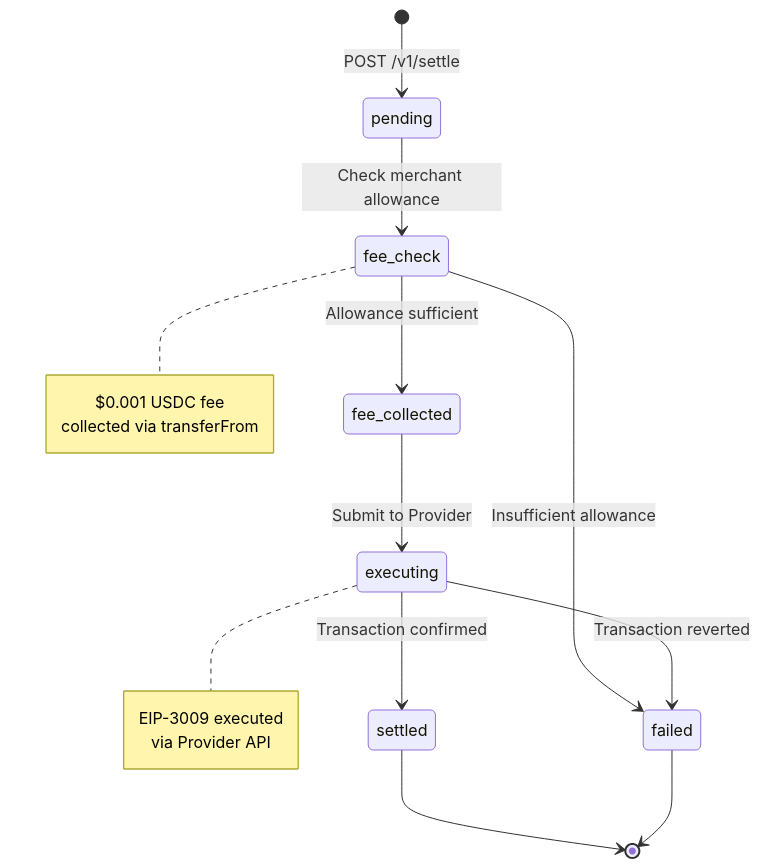
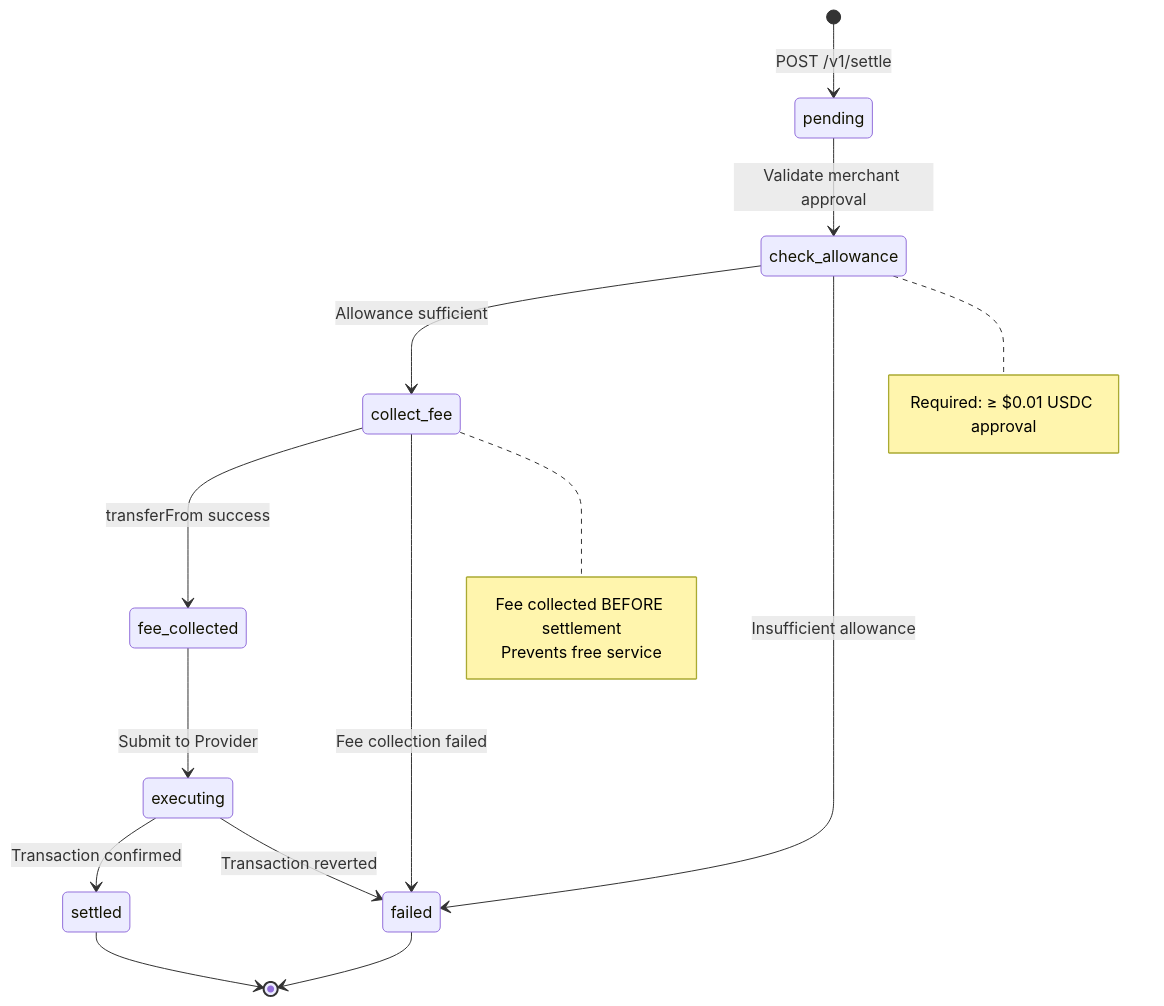
Before and after one commit to cascadingGeek/docs: the second of 2 diagrams in api-reference/settle.mdx, drawn with Mermaid. The commit also changed other lines of this file and 9 other files, not shown here.

Commit message:
--fix: update docs to reflect new payment flow

````diff
--- a/api-reference/settle.mdx
+++ b/api-reference/settle.mdx
@@ -236,27 +255,29 @@
 ```mermaid
 stateDiagram-v2
     [*] --> pending: POST /v1/settle
 
-    pending --> fee_check: Check merchant allowance
+    pending --> check_allowance: Validate merchant approval
 
-    fee_check --> fee_collected: Allowance sufficient
-    fee_check --> failed: Insufficient allowance
+    check_allowance --> collect_fee: Allowance sufficient
+    check_allowance --> failed: Insufficient allowance
+
+    collect_fee --> fee_collected: transferFrom success
+    collect_fee --> failed: Fee collection failed
 
     fee_collected --> executing: Submit to Provider
 
     executing --> settled: Transaction confirmed
     executing --> failed: Transaction reverted
 
     settled --> [*]
     failed --> [*]
 
-    note right of fee_check
-        $0.001 USDC fee
-        collected via transferFrom
+    note right of check_allowance
+        Required: ≥ $0.01 USDC approval
     end note
 
-    note right of executing
-        EIP-3009 executed
-        via Provider API
+    note right of collect_fee
+        Fee collected BEFORE settlement
+        Prevents free service
     end note
 ```
````
